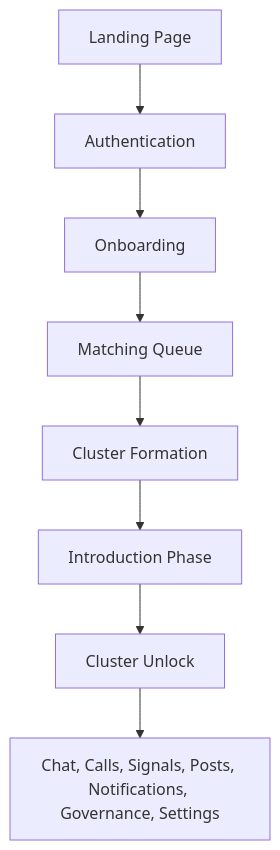
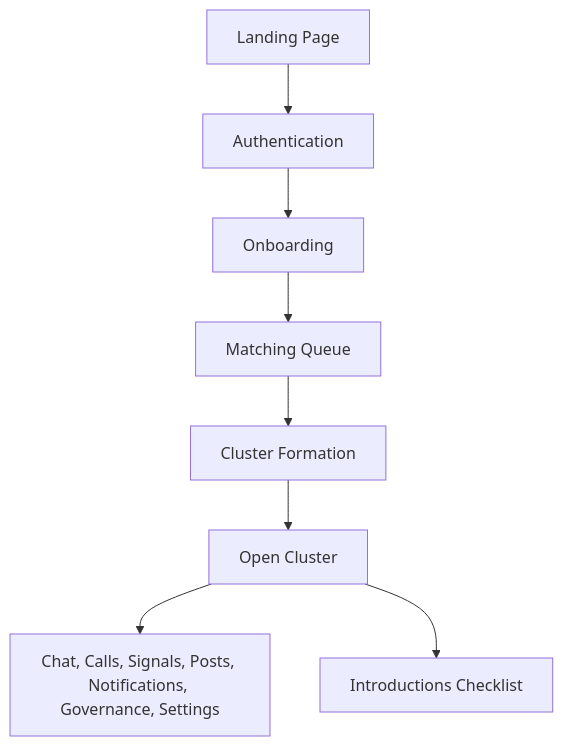
Before and after one commit to The-Sensorium/sensorium: the second of 3 diagrams in docs/ARCHITECTURE.md, drawn with Mermaid. The commit also changed other lines of this file and 66 other files, not shown here.

````diff
--- a/docs/ARCHITECTURE.md
+++ b/docs/ARCHITECTURE.md
@@ -64,10 +64,10 @@
 ```mermaid
 flowchart TD
     A[Landing Page] --> B[Authentication]
     B --> C[Onboarding]
     C --> D[Matching Queue]
     D --> E[Cluster Formation]
-    E --> F[Introduction Phase]
-    F --> G[Cluster Unlock]
-    G --> H[Chat, Calls, Signals, Posts, Notifications, Governance, Settings]
+    E --> F[Open Cluster]
+    F --> G[Chat, Calls, Signals, Posts, Notifications, Governance, Settings]
+    F --> H[Introductions Checklist]
 ```
````
